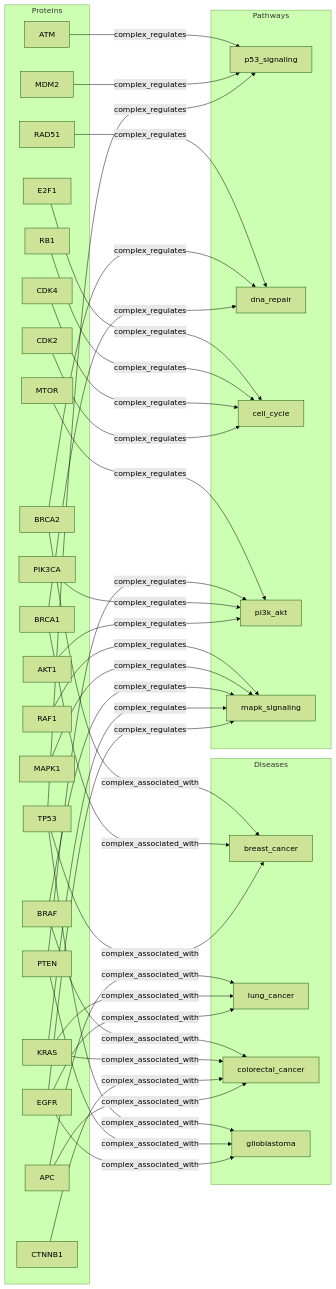
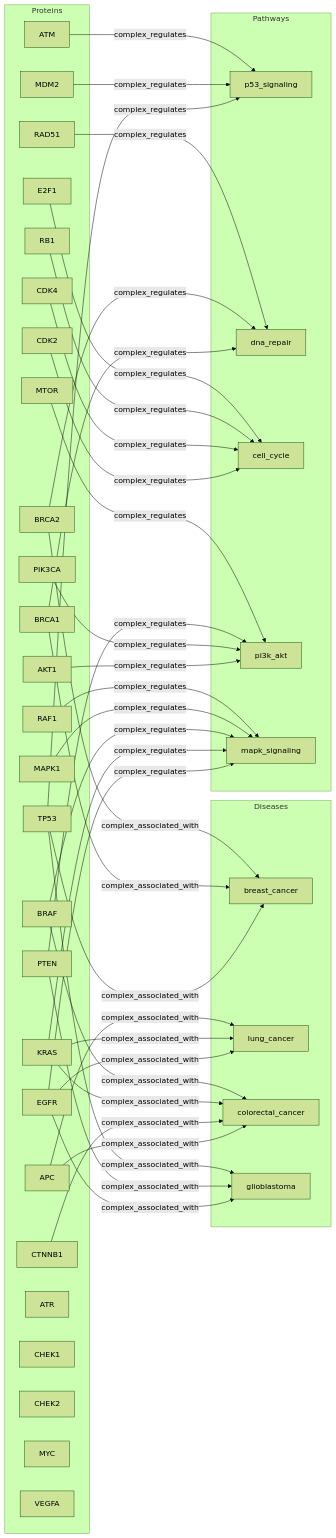
One commit to antquinonez/Hyper3 changed the diagram in examples/showcase/workflow/hypergraph_native/README.md. Above: the diagram before and after it, drawn with Mermaid (forest theme). The commit also changed other lines of this file and 14 other files, not shown here.

````diff
--- a/examples/showcase/workflow/hypergraph_native/README.md
+++ b/examples/showcase/workflow/hypergraph_native/README.md
@@ -105,52 +105,57 @@
 ```mermaid
 graph LR
     subgraph "Proteins"
         TP53["TP53"]
         MDM2["MDM2"]
         ATM["ATM"]
         BRCA1["BRCA1"]
         BRCA2["BRCA2"]
         RAD51["RAD51"]
         CDK2["CDK2"]
         CDK4["CDK4"]
         RB1["RB1"]
         E2F1["E2F1"]
         AKT1["AKT1"]
         PIK3CA["PIK3CA"]
         PTEN["PTEN"]
         MTOR["MTOR"]
         EGFR["EGFR"]
         KRAS["KRAS"]
         BRAF["BRAF"]
         MAPK1["MAPK1"]
         RAF1["RAF1"]
         APC["APC"]
         CTNNB1["CTNNB1"]
+        ATR["ATR"]
+        CHEK1["CHEK1"]
+        CHEK2["CHEK2"]
+        MYC["MYC"]
+        VEGFA["VEGFA"]
     end
 
     subgraph "Pathways"
         P53["p53_signaling"]
         DR["dna_repair"]
         CC["cell_cycle"]
         PI3K["pi3k_akt"]
         MAPK["mapk_signaling"]
     end
 
     subgraph "Diseases"
         BC["breast_cancer"]
         LC["lung_cancer"]
         CRC["colorectal_cancer"]
         GBM["glioblastoma"]
     end
 
     TP53 & MDM2 & ATM -->|"complex_regulates"| P53
     BRCA1 & BRCA2 & RAD51 -->|"complex_regulates"| DR
     CDK2 & CDK4 & RB1 & E2F1 -->|"complex_regulates"| CC
     AKT1 & PIK3CA & PTEN & MTOR -->|"complex_regulates"| PI3K
     EGFR & KRAS & BRAF & MAPK1 & RAF1 -->|"complex_regulates"| MAPK
 
     TP53 & BRCA1 & BRCA2 -->|"complex_associated_with"| BC
     EGFR & KRAS & APC -->|"complex_associated_with"| LC
     APC & CTNNB1 & KRAS & BRAF -->|"complex_associated_with"| CRC
     EGFR & PTEN & TP53 -->|"complex_associated_with"| GBM
 ```
````
